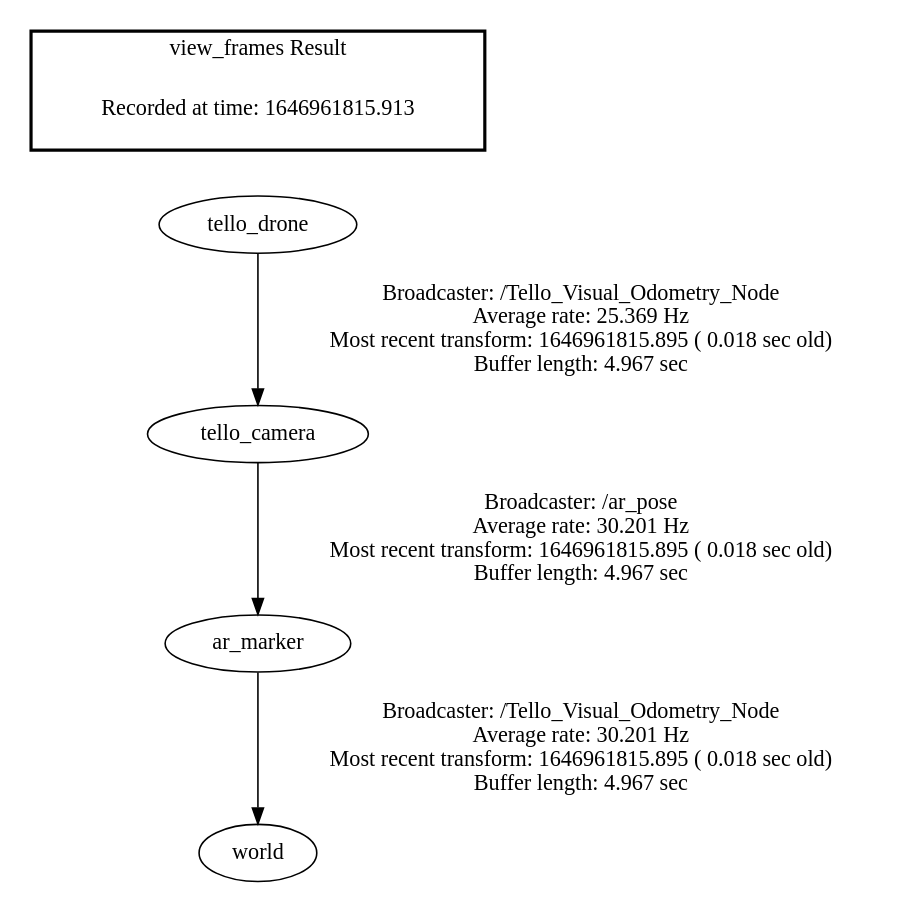
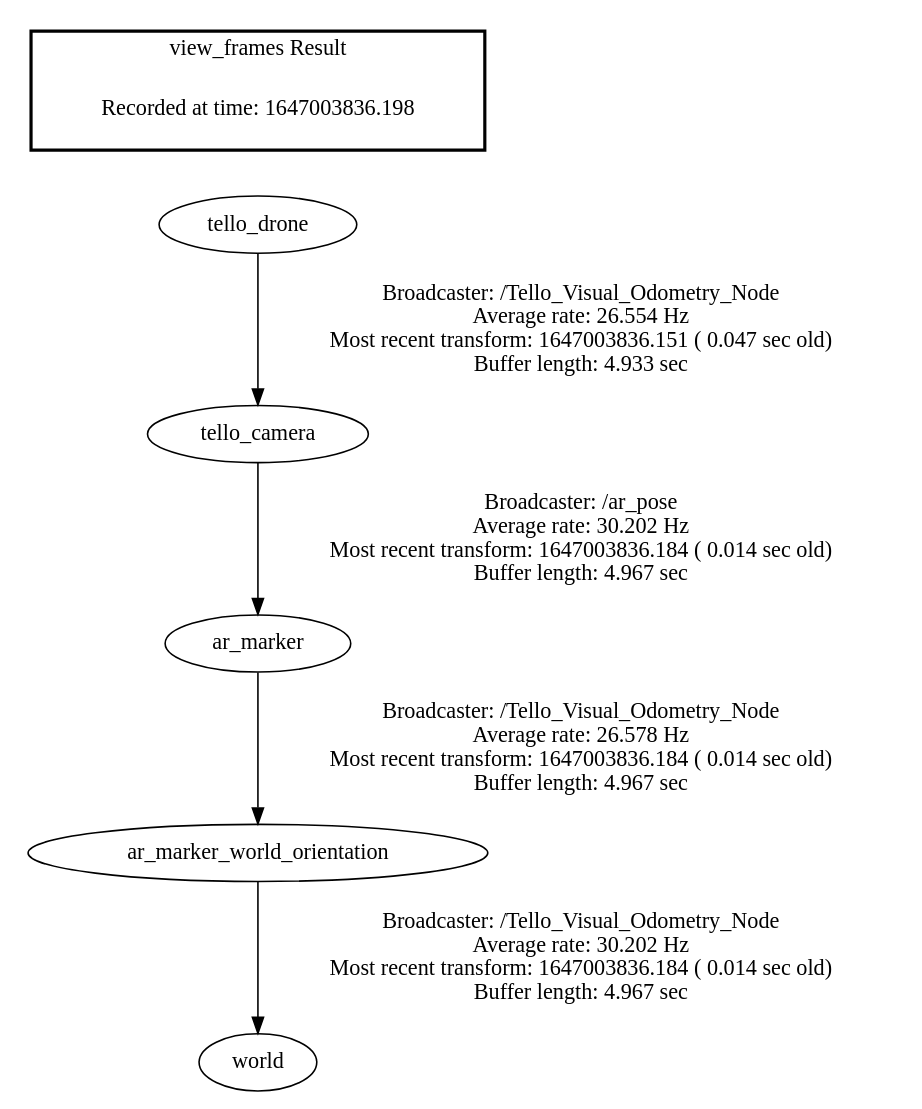
Before and after one commit to lyvelyte/tello_visual_odometry: the diagram in frames.gv, drawn with Graphviz. The commit also changed 3 other files, not shown here.

```diff
--- a/frames.gv
+++ b/frames.gv
@@ -1,9 +1,10 @@
 digraph G {
-"tello_drone" -> "tello_camera"[label="Broadcaster: /Tello_Visual_Odometry_Node\nAverage rate: 25.369 Hz\nMost recent transform: 1646961815.895 ( 0.018 sec old)\nBuffer length: 4.967 sec\n"];
-"ar_marker" -> "world"[label="Broadcaster: /Tello_Visual_Odometry_Node\nAverage rate: 30.201 Hz\nMost recent transform: 1646961815.895 ( 0.018 sec old)\nBuffer length: 4.967 sec\n"];
-"tello_camera" -> "ar_marker"[label="Broadcaster: /ar_pose\nAverage rate: 30.201 Hz\nMost recent transform: 1646961815.895 ( 0.018 sec old)\nBuffer length: 4.967 sec\n"];
+"tello_drone" -> "tello_camera"[label="Broadcaster: /Tello_Visual_Odometry_Node\nAverage rate: 26.554 Hz\nMost recent transform: 1647003836.151 ( 0.047 sec old)\nBuffer length: 4.933 sec\n"];
+"ar_marker" -> "ar_marker_world_orientation"[label="Broadcaster: /Tello_Visual_Odometry_Node\nAverage rate: 26.578 Hz\nMost recent transform: 1647003836.184 ( 0.014 sec old)\nBuffer length: 4.967 sec\n"];
+"tello_camera" -> "ar_marker"[label="Broadcaster: /ar_pose\nAverage rate: 30.202 Hz\nMost recent transform: 1647003836.184 ( 0.014 sec old)\nBuffer length: 4.967 sec\n"];
+"ar_marker_world_orientation" -> "world"[label="Broadcaster: /Tello_Visual_Odometry_Node\nAverage rate: 30.202 Hz\nMost recent transform: 1647003836.184 ( 0.014 sec old)\nBuffer length: 4.967 sec\n"];
 edge [style=invis];
  subgraph cluster_legend { style=bold; color=black; label ="view_frames Result";
-"Recorded at time: 1646961815.913"[ shape=plaintext ] ;
+"Recorded at time: 1647003836.198"[ shape=plaintext ] ;
  }->"tello_drone";
 }
```
